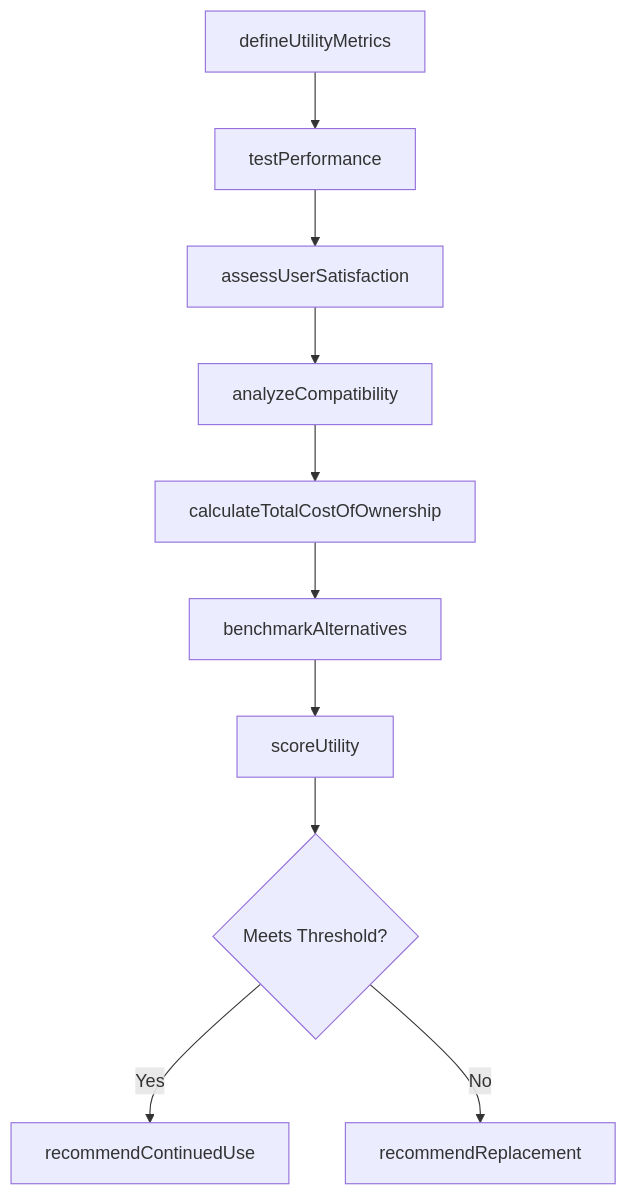
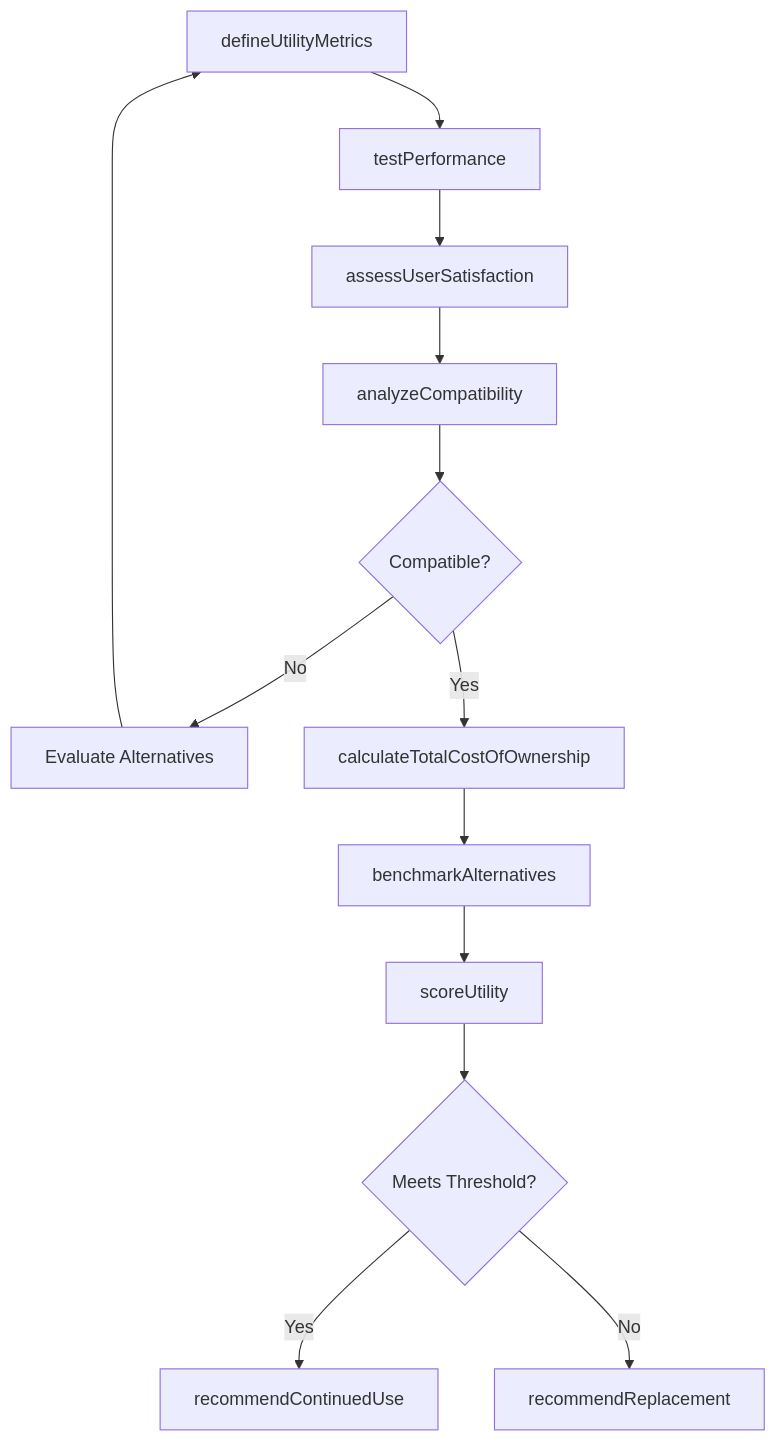
The third of 4 diagrams in JudgingTheQualitiesOfObjectsServicesOrPeople/EvaluateTheCharacteristicsUsefulnessOrPerformanceOfProductsOrTechnologies/EvaluateUtilitySoftwareHardwareTechnologies.mdx (dot-org-ai/tasks.org.ai), drawn with Mermaid before and after one commit. The commit also changed other lines of this file and 307 other files, not shown here.

First line of the commit message:
feat: Add ER diagrams and state diagrams to remaining 308 DWA task files (wave 3 complete)

````diff
--- a/JudgingTheQualitiesOfObjectsServicesOrPeople/EvaluateTheCharacteristicsUsefulnessOrPerformanceOfProductsOrTechnologies/EvaluateUtilitySoftwareHardwareTechnologies.mdx
+++ b/JudgingTheQualitiesOfObjectsServicesOrPeople/EvaluateTheCharacteristicsUsefulnessOrPerformanceOfProductsOrTechnologies/EvaluateUtilitySoftwareHardwareTechnologies.mdx
@@ -87,12 +114,15 @@
 ```mermaid
 graph TD
     A[defineUtilityMetrics] --> B[testPerformance]
     B --> C[assessUserSatisfaction]
     C --> D[analyzeCompatibility]
-    D --> E[calculateTotalCostOfOwnership]
-    E --> F[benchmarkAlternatives]
-    F --> G[scoreUtility]
-    G --> H{Meets Threshold?}
-    H -->|Yes| I[recommendContinuedUse]
-    H -->|No| J[recommendReplacement]
+    D --> E{Compatible?}
+    E -->|No| F[Evaluate Alternatives]
+    F --> A
+    E -->|Yes| G[calculateTotalCostOfOwnership]
+    G --> H[benchmarkAlternatives]
+    H --> I[scoreUtility]
+    I --> J{Meets Threshold?}
+    J -->|Yes| K[recommendContinuedUse]
+    J -->|No| L[recommendReplacement]
 ```
````
